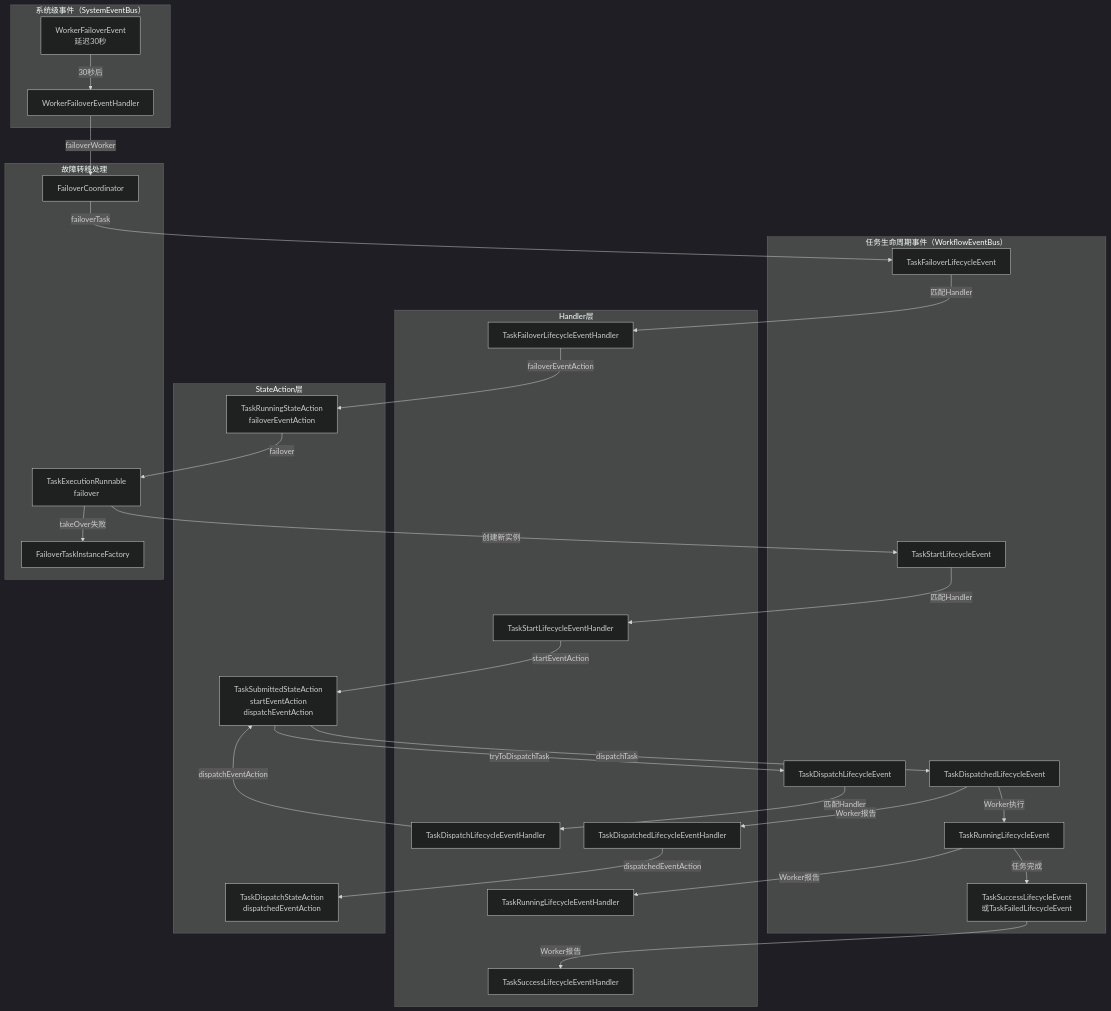
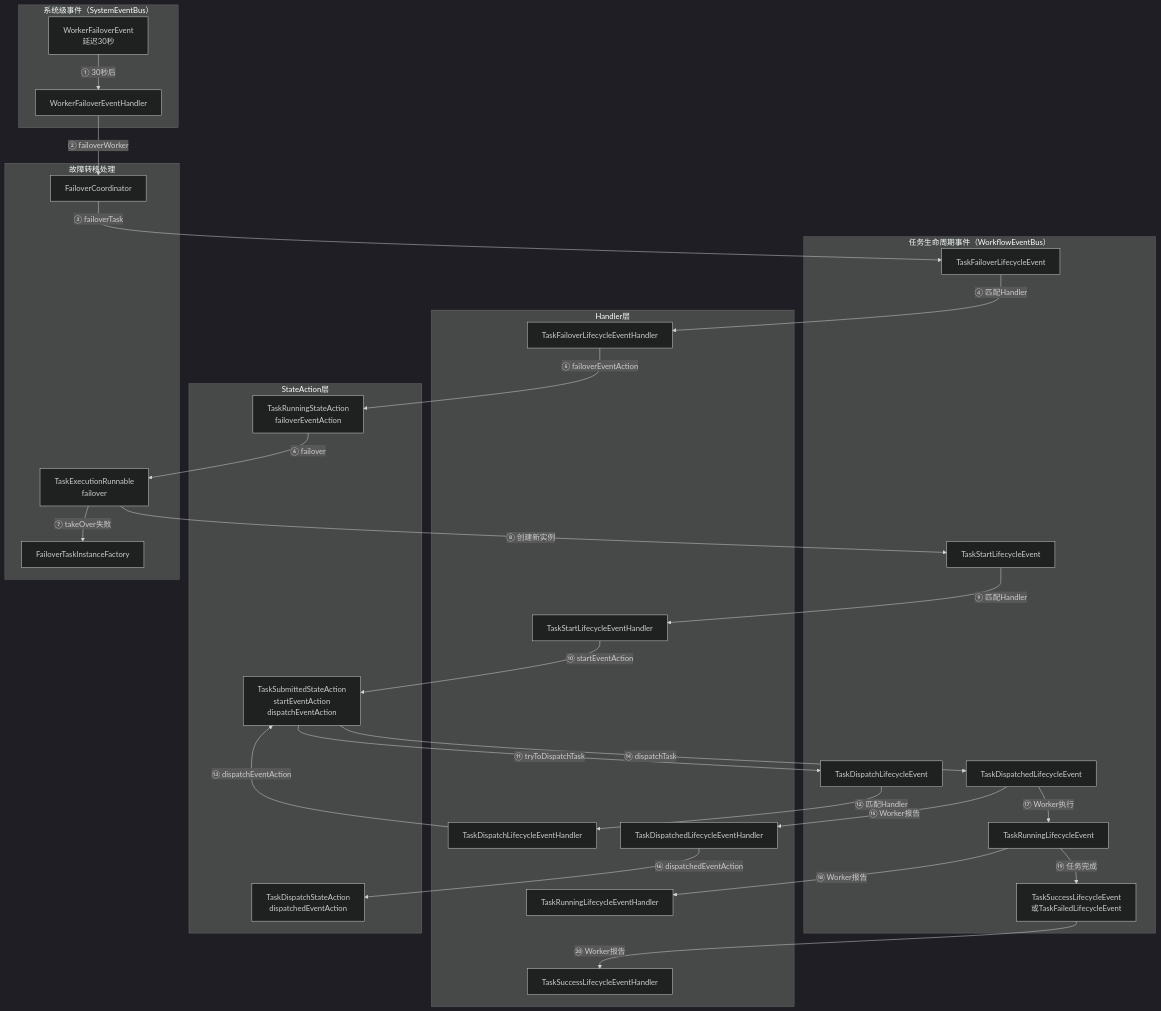
Diagram 14 of 15 in dolphinscheduler-master/analyze/master启动/7-服务故障转移管理/7-4-worker故障容错.md (vanchan5/dolphinscheduler), drawn with Mermaid (dark theme) before and after one commit. The commit also changed 2 other files, not shown here.

Commit message:
[feat] worker容错分析

````diff
--- a/dolphinscheduler-master/analyze/master启动/7-服务故障转移管理/7-4-worker故障容错.md
+++ b/dolphinscheduler-master/analyze/master启动/7-服务故障转移管理/7-4-worker故障容错.md
@@ -1433,58 +1433,58 @@
 ```mermaid
 graph TB
     subgraph "系统级事件（SystemEventBus）"
         WFE[WorkerFailoverEvent<br/>延迟30秒]
         WFH[WorkerFailoverEventHandler]
     end
     
     subgraph "任务生命周期事件（WorkflowEventBus）"
         TFE[TaskFailoverLifecycleEvent]
         TSE[TaskStartLifecycleEvent]
         TDE[TaskDispatchLifecycleEvent]
         TDSE[TaskDispatchedLifecycleEvent]
         TRE[TaskRunningLifecycleEvent]
         TSUCE[TaskSuccessLifecycleEvent<br/>或TaskFailedLifecycleEvent]
     end
     
     subgraph "Handler层"
         TFH[TaskFailoverLifecycleEventHandler]
         TSH[TaskStartLifecycleEventHandler]
         TDH[TaskDispatchLifecycleEventHandler]
         TDSH[TaskDispatchedLifecycleEventHandler]
         TRH[TaskRunningLifecycleEventHandler]
         TSUCH[TaskSuccessLifecycleEventHandler]
     end
     
     subgraph "StateAction层"
         TRSA[TaskRunningStateAction<br/>failoverEventAction]
         TSUSA[TaskSubmittedStateAction<br/>startEventAction<br/>dispatchEventAction]
         TDSA[TaskDispatchStateAction<br/>dispatchedEventAction]
     end
     
     subgraph "故障转移处理"
         FC[FailoverCoordinator]
         TER[TaskExecutionRunnable<br/>failover]
         FTIF[FailoverTaskInstanceFactory]
     end
     
-    WFE -->|30秒后| WFH
-    WFH -->|failoverWorker| FC
-    FC -->|failoverTask| TFE
-    TFE -->|匹配Handler| TFH
-    TFH -->|failoverEventAction| TRSA
-    TRSA -->|failover| TER
-    TER -->|takeOver失败| FTIF
-    TER -->|创建新实例| TSE
-    TSE -->|匹配Handler| TSH
-    TSH -->|startEventAction| TSUSA
-    TSUSA -->|tryToDispatchTask| TDE
-    TDE -->|匹配Handler| TDH
-    TDH -->|dispatchEventAction| TSUSA
-    TSUSA -->|dispatchTask| TDSE
-    TDSE -->|Worker报告| TDSH
-    TDSH -->|dispatchedEventAction| TDSA
-    TDSE -->|Worker执行| TRE
-    TRE -->|Worker报告| TRH
-    TRE -->|任务完成| TSUCE
-    TSUCE -->|Worker报告| TSUCH
+    WFE -->|① 30秒后| WFH
+    WFH -->|② failoverWorker| FC
+    FC -->|③ failoverTask| TFE
+    TFE -->|④ 匹配Handler| TFH
+    TFH -->|⑤ failoverEventAction| TRSA
+    TRSA -->|⑥ failover| TER
+    TER -->|⑦ takeOver失败| FTIF
+    TER -->|⑧ 创建新实例| TSE
+    TSE -->|⑨ 匹配Handler| TSH
+    TSH -->|⑩ startEventAction| TSUSA
+    TSUSA -->|⑪ tryToDispatchTask| TDE
+    TDE -->|⑫ 匹配Handler| TDH
+    TDH -->|⑬ dispatchEventAction| TSUSA
+    TSUSA -->|⑭ dispatchTask| TDSE
+    TDSE -->|⑮ Worker报告| TDSH
+    TDSH -->|⑯ dispatchedEventAction| TDSA
+    TDSE -->|⑰ Worker执行| TRE
+    TRE -->|⑱ Worker报告| TRH
+    TRE -->|⑲ 任务完成| TSUCE
+    TSUCE -->|⑳ Worker报告| TSUCH
 ```
````
